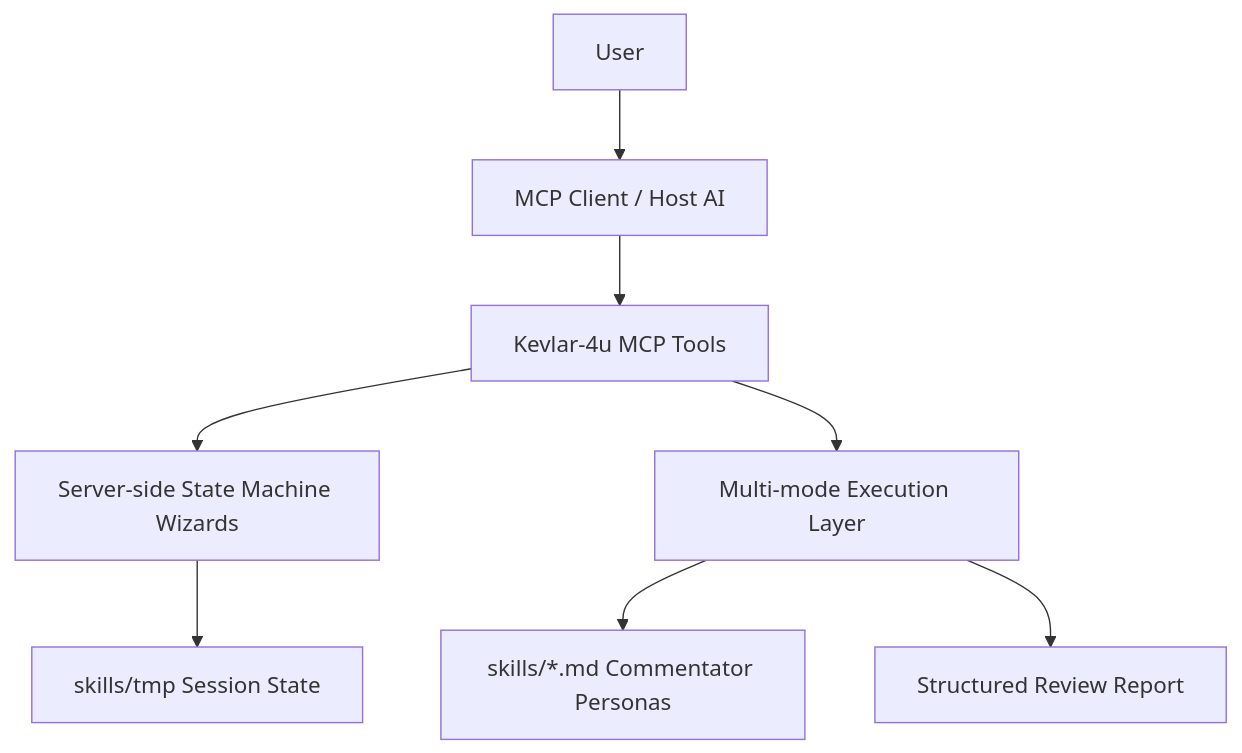
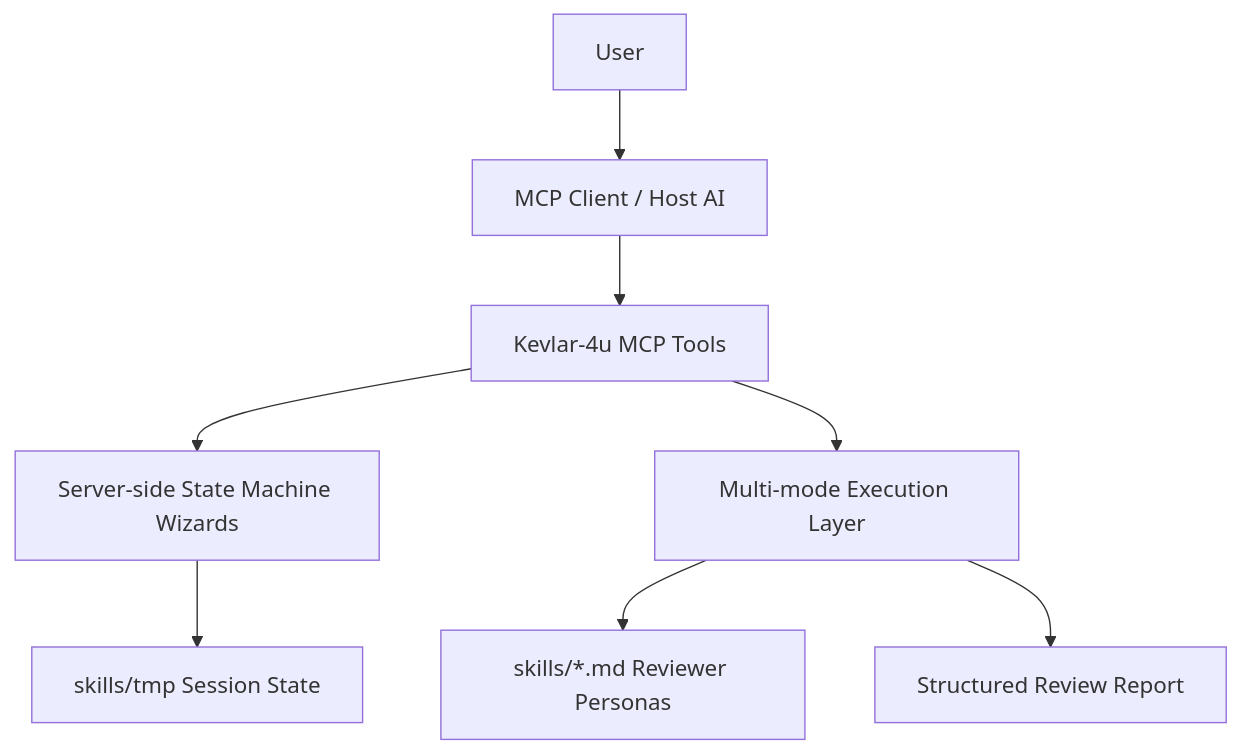
The third of 3 diagrams in README.md (ChurzeXo/kevlar-4u), drawn with Mermaid before and after one commit. The commit also changed other lines of this file and 2 other files, not shown here.

Commit message:
docs: 多语言README术语对齐——reviewer/レビュアー/리뷰어，Comment Section Simulator/コメント欄シミュレーター/댓글 시뮬레이터

````diff
--- a/README.md
+++ b/README.md
@@ -242,10 +242,10 @@
 ```mermaid
 flowchart TD
   User["User"] --> Client["MCP Client / Host AI"]
   Client --> Tools["Kevlar-4u MCP Tools"]
   Tools --> Wizards["Server-side State Machine Wizards"]
   Tools --> Execution["Multi-mode Execution Layer"]
   Wizards --> Tmp["skills/tmp Session State"]
-  Execution --> Personas["skills/*.md Commentator Personas"]
+  Execution --> Personas["skills/*.md Reviewer Personas"]
   Execution --> Report["Structured Review Report"]
 ```
````
